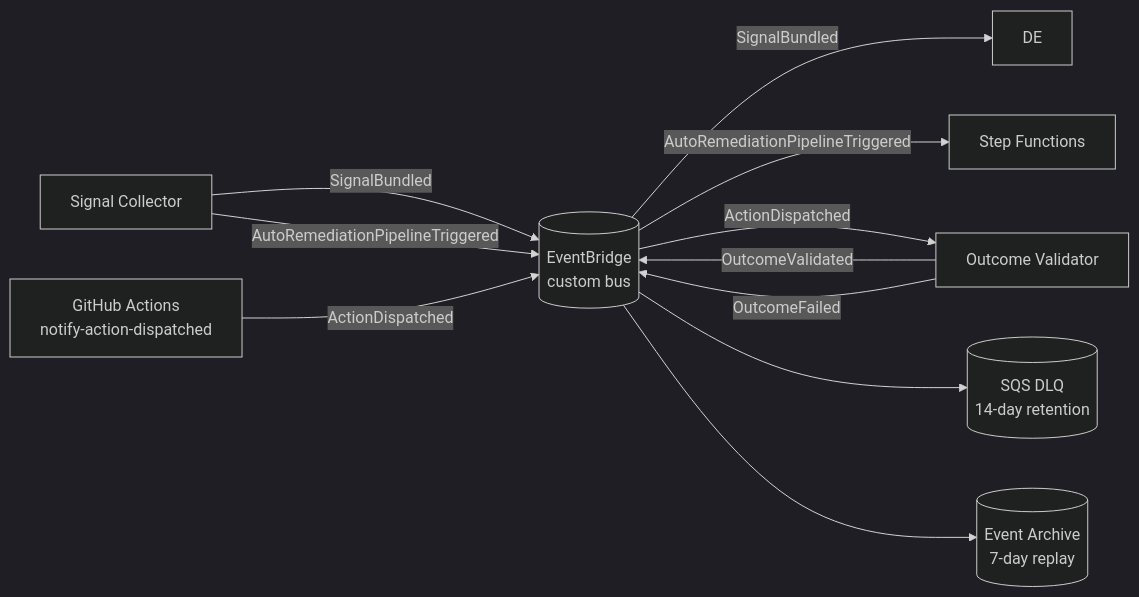
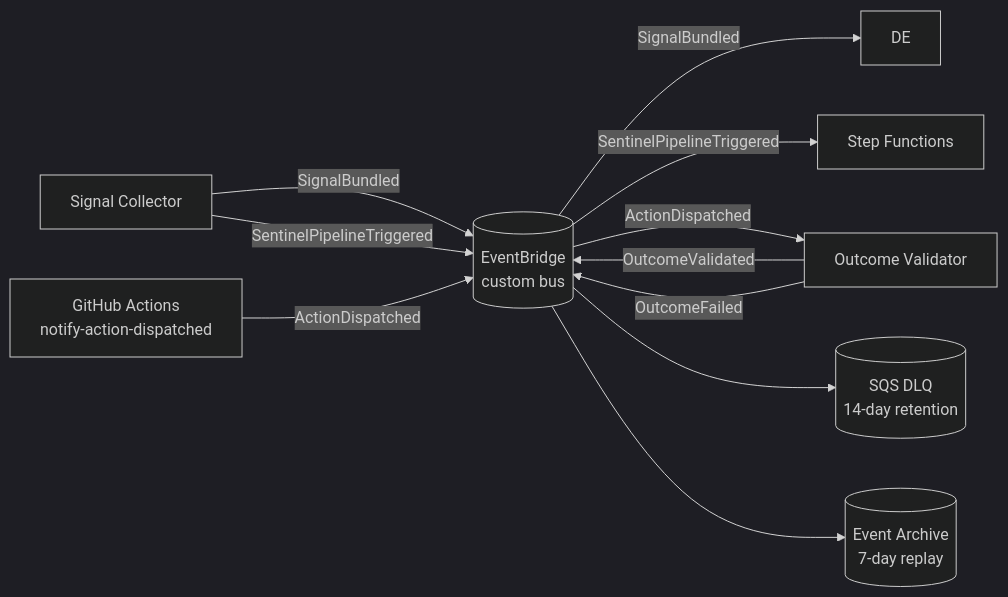
One commit to adedaramola/gitops-auto-remediation changed the fourth of 4 diagrams in docs/architecture.md. Above: the diagram before and after it, drawn with Mermaid (dark theme). The commit also changed other lines of this file and 4 other files, not shown here.

````diff
--- a/docs/architecture.md
+++ b/docs/architecture.md
@@ -102,15 +102,15 @@
 ```mermaid
 graph LR
     SC[Signal Collector] -->|SignalBundled| EB[(EventBridge\ncustom bus)]
-    SC -->|AutoRemediationPipelineTriggered| EB
+    SC -->|SentinelPipelineTriggered| EB
     GH[GitHub Actions\nnotify-action-dispatched] -->|ActionDispatched| EB
     OV[Outcome Validator] -->|OutcomeValidated| EB
     OV -->|OutcomeFailed| EB
 
     EB -->|SignalBundled| DE
-    EB -->|AutoRemediationPipelineTriggered| SF[Step Functions]
+    EB -->|SentinelPipelineTriggered| SF[Step Functions]
     EB -->|ActionDispatched| OV
 
     EB --> DLQ[(SQS DLQ\n14-day retention)]
     EB --> ARC[(Event Archive\n7-day replay)]
 ```
````
